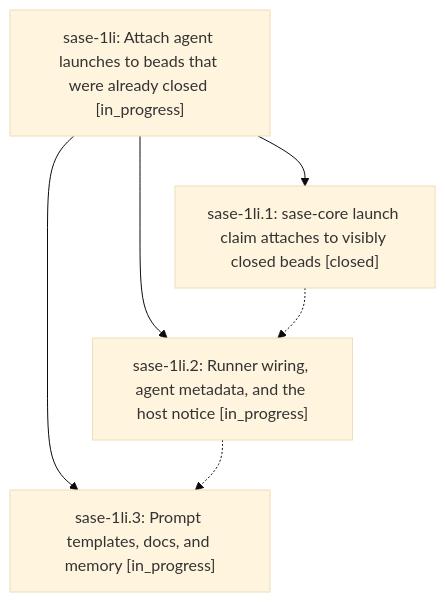
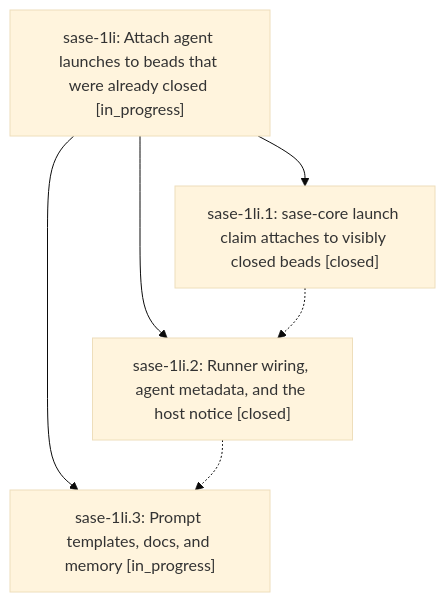
Before and after one commit to sase-org/sase--beads: the diagram in pages/sase-1li/README.md, drawn with Mermaid (base theme). The commit also changed other lines of this file and 3 other files, not shown here.

````diff
--- a/pages/sase-1li/README.md
+++ b/pages/sase-1li/README.md
@@ -36,12 +38,12 @@
 ```mermaid
 flowchart TD
     n0["sase-1li: Attach agent launches to beads that were already closed [in_progress]"]
     n1["sase-1li.1: sase-core launch claim attaches to visibly closed beads [closed]"]
-    n2["sase-1li.2: Runner wiring, agent metadata, and the host notice [in_progress]"]
+    n2["sase-1li.2: Runner wiring, agent metadata, and the host notice [closed]"]
     n3["sase-1li.3: Prompt templates, docs, and memory [in_progress]"]
     n0 --> n1
     n0 --> n2
     n0 --> n3
     n1 -.-> n2
     n2 -.-> n3
 ```
````
